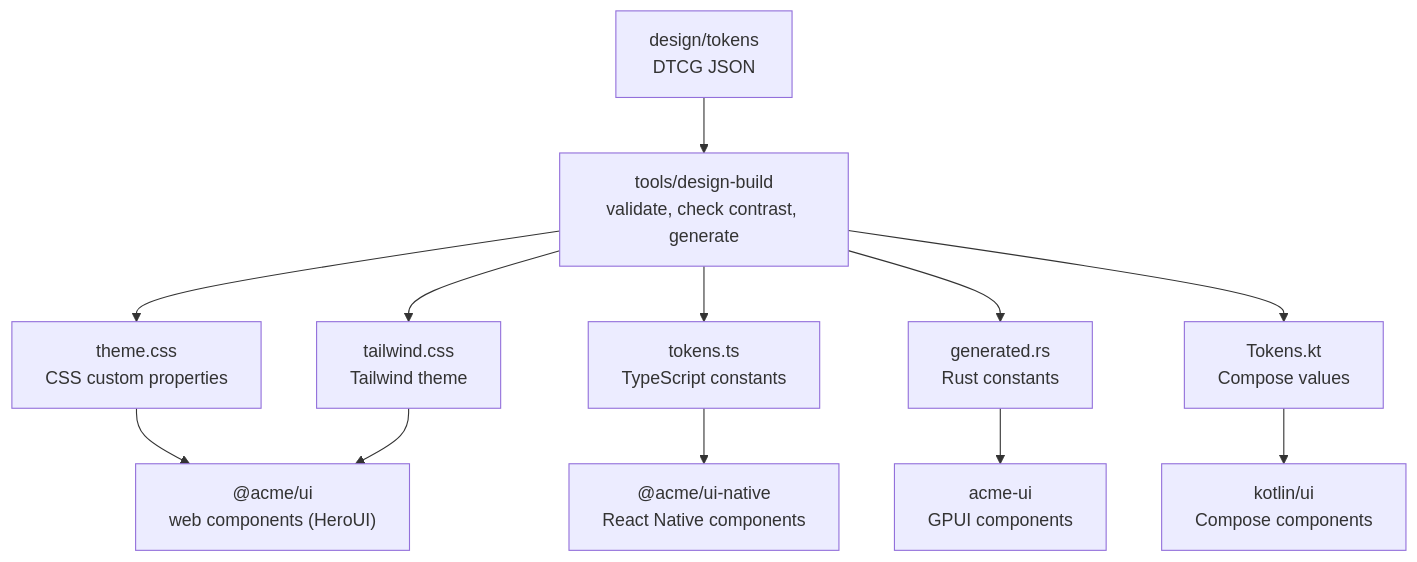
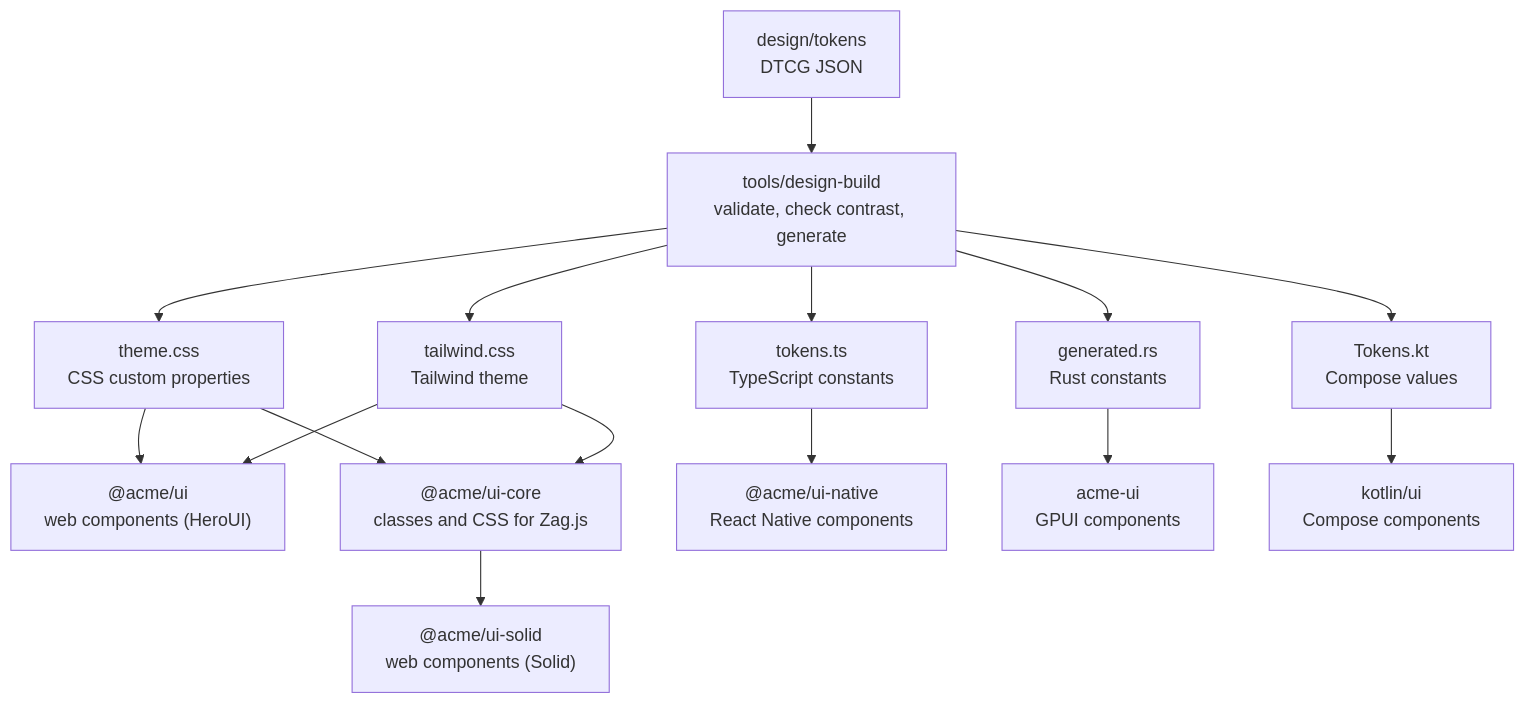
Before and after one commit to kjmin-dev/xds: the first of 2 diagrams in docs/design-system.md, drawn with Mermaid. The commit also changed other lines of this file and 176 other files, not shown here.

````diff
--- a/docs/design-system.md
+++ b/docs/design-system.md
@@ -14,18 +14,21 @@
 ```mermaid
 flowchart TD
   SRC["design/tokens<br/>DTCG JSON"]
   BUILD["tools/design-build<br/>validate, check contrast, generate"]
   SRC --> BUILD
 
   BUILD --> CSS["theme.css<br/>CSS custom properties"]
   BUILD --> TW["tailwind.css<br/>Tailwind theme"]
   BUILD --> TS["tokens.ts<br/>TypeScript constants"]
   BUILD --> RS["generated.rs<br/>Rust constants"]
   BUILD --> KT["Tokens.kt<br/>Compose values"]
 
   CSS --> WEB["@acme/ui<br/>web components (HeroUI)"]
   TW --> WEB
+  CSS --> CORE["@acme/ui-core<br/>classes and CSS for Zag.js"]
+  TW --> CORE
+  CORE --> SOLID["@acme/ui-solid<br/>web components (Solid)"]
   TS --> RN["@acme/ui-native<br/>React Native components"]
   RS --> UI["acme-ui<br/>GPUI components"]
   KT --> CMP["kotlin/ui<br/>Compose components"]
 ```
````
